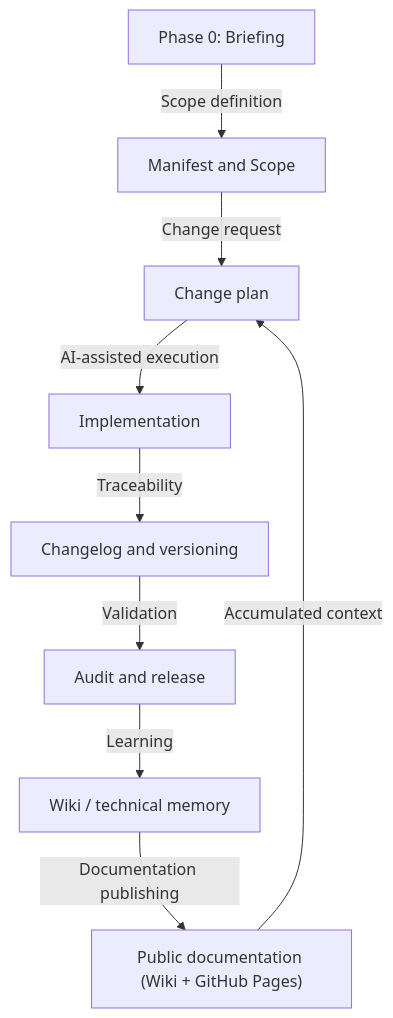
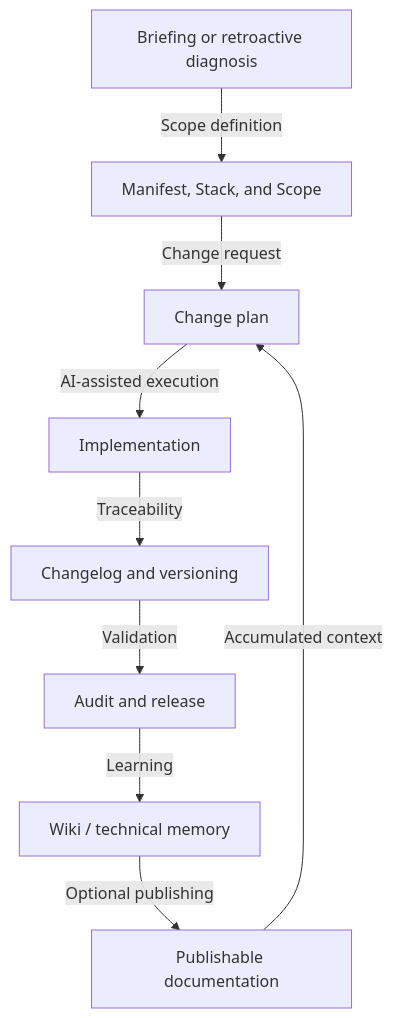
The second of 2 diagrams in README.md (Sistema2D/FrameCode-VibeWork), drawn with Mermaid before and after one commit. The commit also changed other lines of this file and 1 other file, not shown here.

````diff
--- a/README.md
+++ b/README.md
@@ -117,11 +154,11 @@
 ```mermaid
 graph TD
-    A["Phase 0: Briefing"] -->|"Scope definition"| B["Manifest and Scope"]
+    A["Briefing or retroactive diagnosis"] -->|"Scope definition"| B["Manifest, Stack, and Scope"]
     B -->|"Change request"| C["Change plan"]
     C -->|"AI-assisted execution"| D["Implementation"]
     D -->|"Traceability"| E["Changelog and versioning"]
     E -->|"Validation"| F["Audit and release"]
     F -->|"Learning"| G["Wiki / technical memory"]
-    G -->|"Documentation publishing"| H["Public documentation (Wiki + GitHub Pages)"]
+    G -->|"Optional publishing"| H["Publishable documentation"]
     H -->|"Accumulated context"| C
 ```
````
